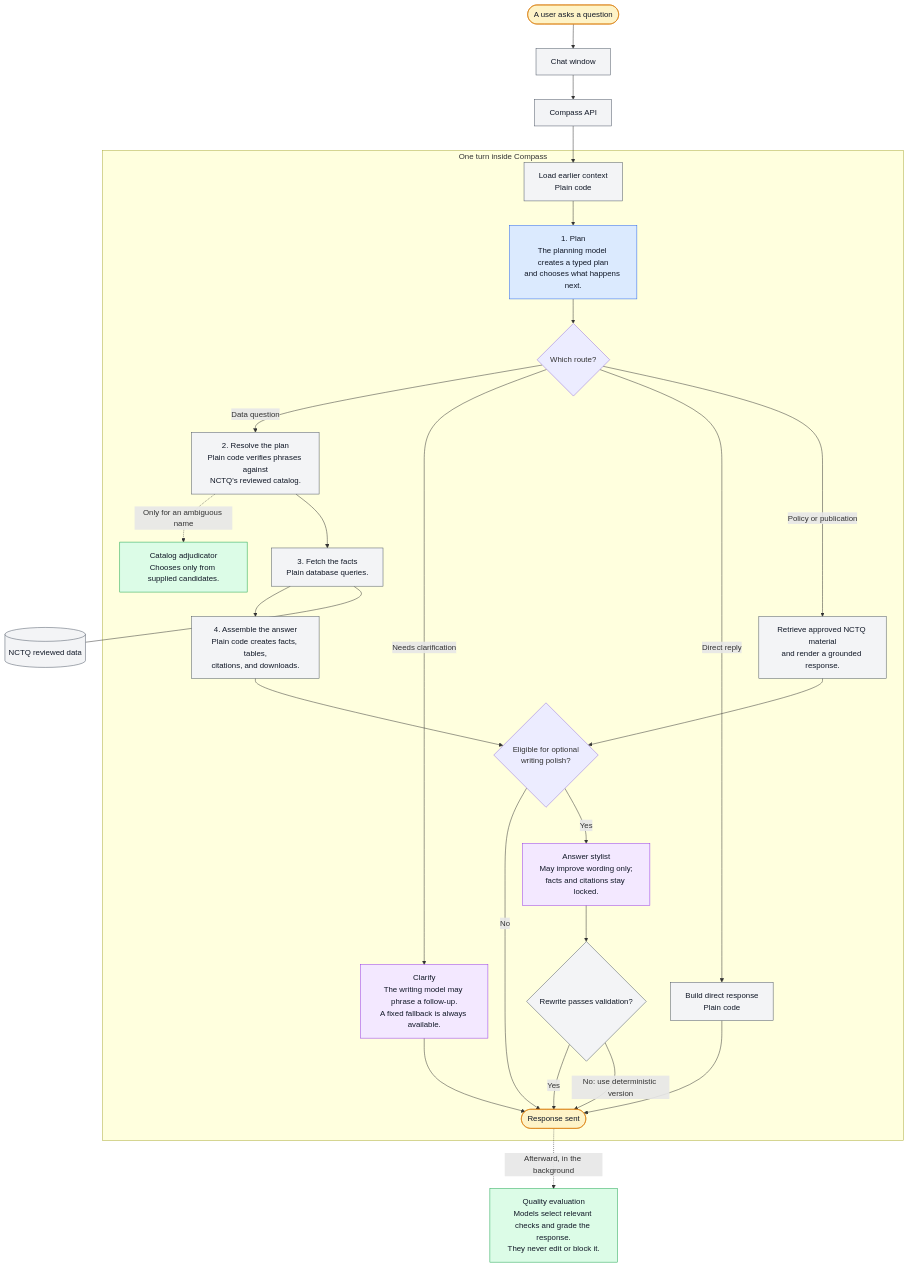
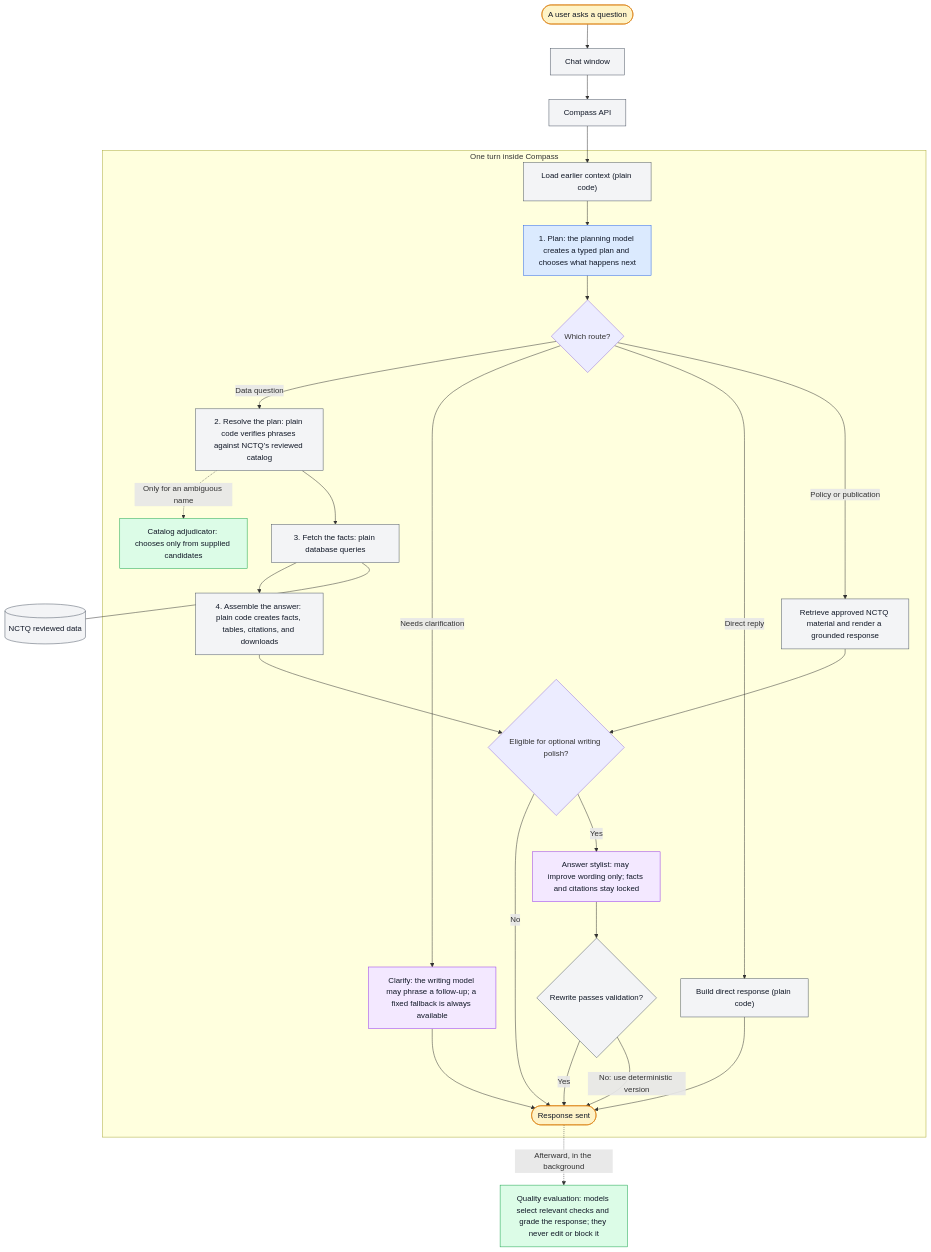
One commit to Starling-Strategy/compass changed the diagram in docs/02-product-and-answer-flow.md. Above: the diagram before and after it, drawn with Mermaid. The commit also changed 4 other files, not shown here.

First line of the commit message:
docs: replace <br/> line breaks in mermaid labels with single-line text (#52)

````diff
--- a/docs/02-product-and-answer-flow.md
+++ b/docs/02-product-and-answer-flow.md
@@ -37,45 +37,45 @@
 ```mermaid
 flowchart TD
     U([A user asks a question]) --> FE[Chat window]
     FE --> API[Compass API]
 
     subgraph API_TURN ["One turn inside Compass"]
-        M["Load earlier context<br/>Plain code"] --> P["1. Plan<br/>The planning model creates a typed plan<br/>and chooses what happens next."]
+        M["Load earlier context (plain code)"] --> P["1. Plan: the planning model creates a typed plan and chooses what happens next"]
         P --> ROUTE{Which route?}
 
-        ROUTE -->|Data question| R["2. Resolve the plan<br/>Plain code verifies phrases against<br/>NCTQ's reviewed catalog."]
-        R -.->|Only for an ambiguous name| ADJ["Catalog adjudicator<br/>Chooses only from supplied candidates."]
-        R --> X["3. Fetch the facts<br/>Plain database queries."]
-        X --> RD["4. Assemble the answer<br/>Plain code creates facts, tables,<br/>citations, and downloads."]
+        ROUTE -->|Data question| R["2. Resolve the plan: plain code verifies phrases against NCTQ's reviewed catalog"]
+        R -.->|Only for an ambiguous name| ADJ["Catalog adjudicator: chooses only from supplied candidates"]
+        R --> X["3. Fetch the facts: plain database queries"]
+        X --> RD["4. Assemble the answer: plain code creates facts, tables, citations, and downloads"]
 
-        ROUTE -->|Needs clarification| C["Clarify<br/>The writing model may phrase a follow-up.<br/>A fixed fallback is always available."]
-        ROUTE -->|Direct reply| D["Build direct response<br/>Plain code"]
-        ROUTE -->|Policy or publication| N["Retrieve approved NCTQ material<br/>and render a grounded response."]
+        ROUTE -->|Needs clarification| C["Clarify: the writing model may phrase a follow-up; a fixed fallback is always available"]
+        ROUTE -->|Direct reply| D["Build direct response (plain code)"]
+        ROUTE -->|Policy or publication| N["Retrieve approved NCTQ material and render a grounded response"]
 
-        RD --> STYLE{Eligible for optional<br/>writing polish?}
+        RD --> STYLE{Eligible for optional writing polish?}
         N --> STYLE
         STYLE -->|No| OUT([Response sent])
-        STYLE -->|Yes| S["Answer stylist<br/>May improve wording only;<br/>facts and citations stay locked."]
+        STYLE -->|Yes| S["Answer stylist: may improve wording only; facts and citations stay locked"]
         S --> G{Rewrite passes validation?}
         G -->|Yes| OUT
         G -->|No: use deterministic version| OUT
         C --> OUT
         D --> OUT
     end
 
     API --> M
     X --- DB[(NCTQ reviewed data)]
-    OUT -.->|Afterward, in the background| Q["Quality evaluation<br/>Models select relevant checks and grade the response.<br/>They never edit or block it."]
+    OUT -.->|Afterward, in the background| Q["Quality evaluation: models select relevant checks and grade the response; they never edit or block it"]
 
     classDef planning fill:#dbeafe,stroke:#2563eb,color:#111827
     classDef writing fill:#f3e8ff,stroke:#9333ea,color:#111827
     classDef judging fill:#dcfce7,stroke:#16a34a,color:#111827
     classDef code fill:#f3f4f6,stroke:#4b5563,color:#111827
     classDef endpoint fill:#fef3c7,stroke:#d97706,color:#111827
 
     class P planning
     class C,S writing
     class ADJ,Q judging
     class FE,API,M,R,X,RD,D,N,G,DB code
     class U,OUT endpoint
 ```
````
